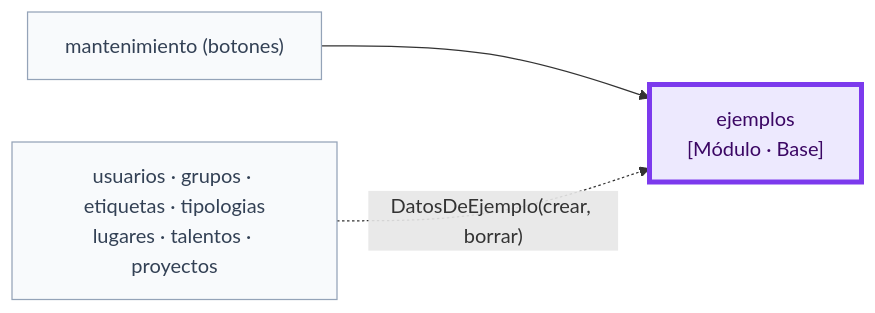
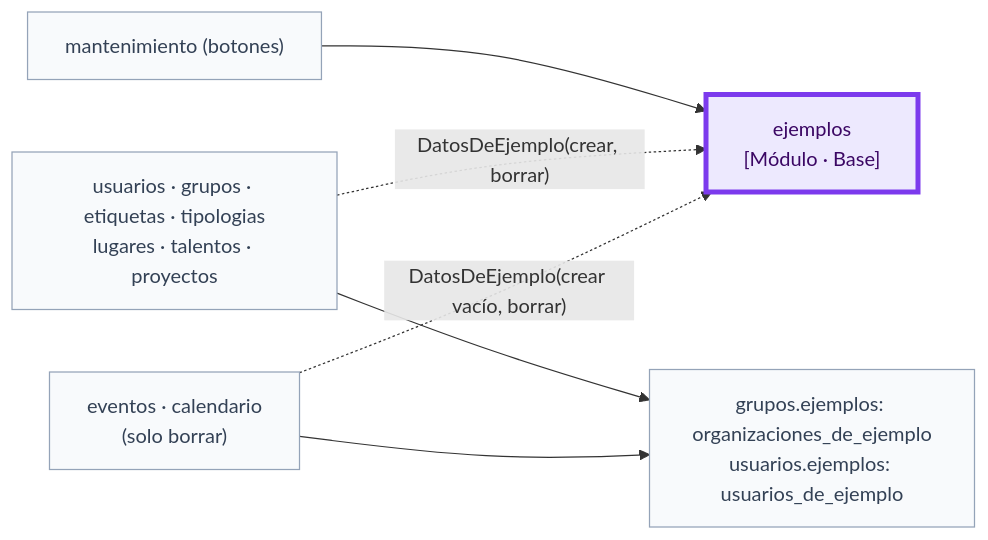
The eighth of 33 diagrams in docs/arquitectura.md (chemabc/groupy), drawn with Mermaid before and after one commit. The commit also changed other lines of this file and 16 other files, not shown here.

First line of the commit message:
Ejemplos: borrar funciona aunque se haya probado dentro de ellos

````diff
--- a/docs/arquitectura.md
+++ b/docs/arquitectura.md
@@ -306,10 +308,15 @@
 ```mermaid
 flowchart LR
   classDef yo fill:#ede9fe,stroke:#7c3aed,stroke-width:4px,color:#3b0764
   classDef otro fill:#f8fafc,stroke:#94a3b8,color:#334155
   ej["ejemplos<br/>[Módulo · Base]"]:::yo
   mods["usuarios · grupos · etiquetas · tipologias<br/>lugares · talentos · proyectos"]:::otro
+  solo["eventos · calendario<br/>(solo borrar)"]:::otro
+  quien["grupos.ejemplos: organizaciones_de_ejemplo<br/>usuarios.ejemplos: usuarios_de_ejemplo"]:::otro
   mant["mantenimiento (botones)"]:::otro
   mant --> ej
   mods -. "DatosDeEjemplo(crear, borrar)" .-> ej
+  solo -. "DatosDeEjemplo(crear vacío, borrar)" .-> ej
+  mods --> quien
+  solo --> quien
 ```
````
